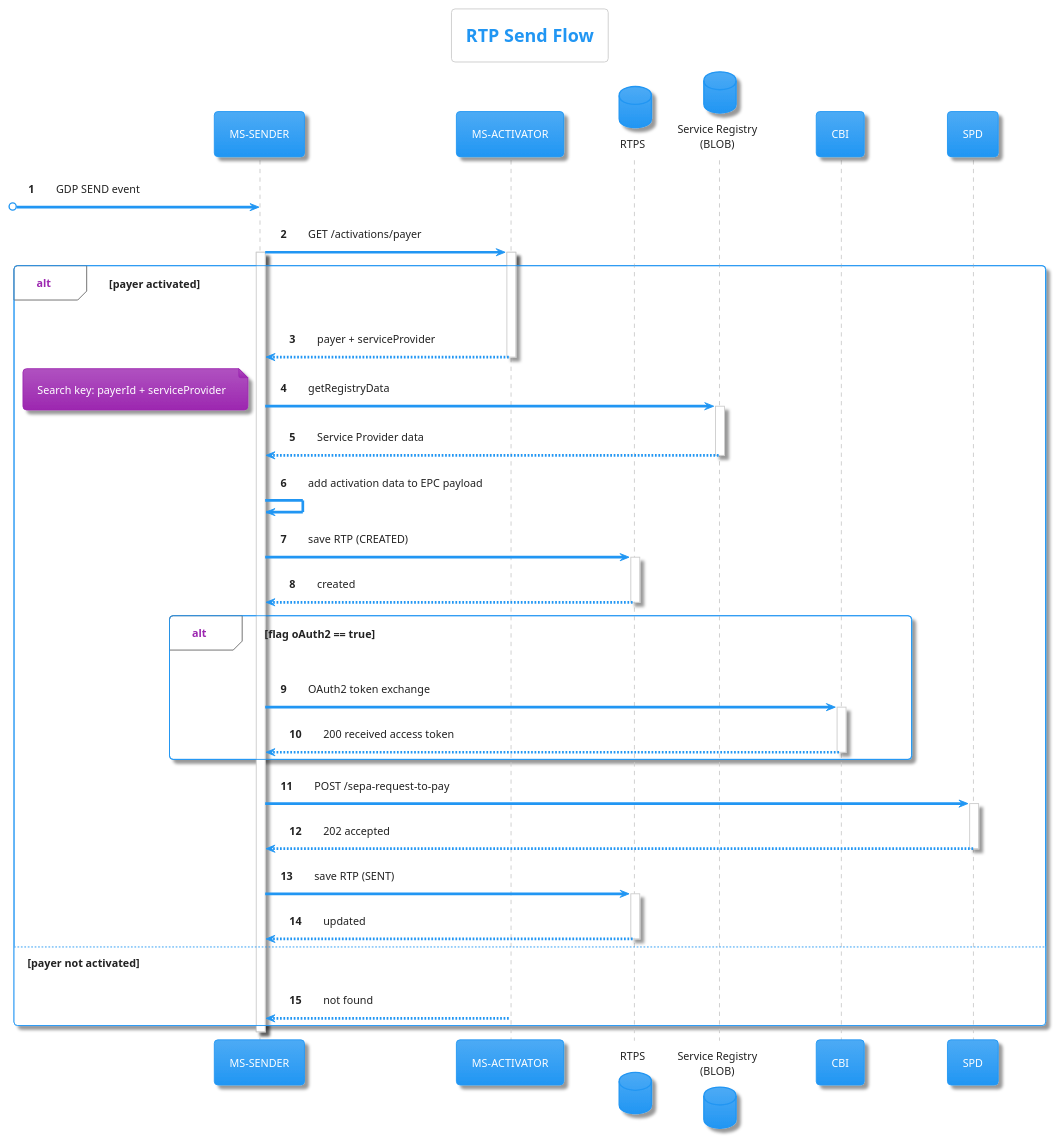
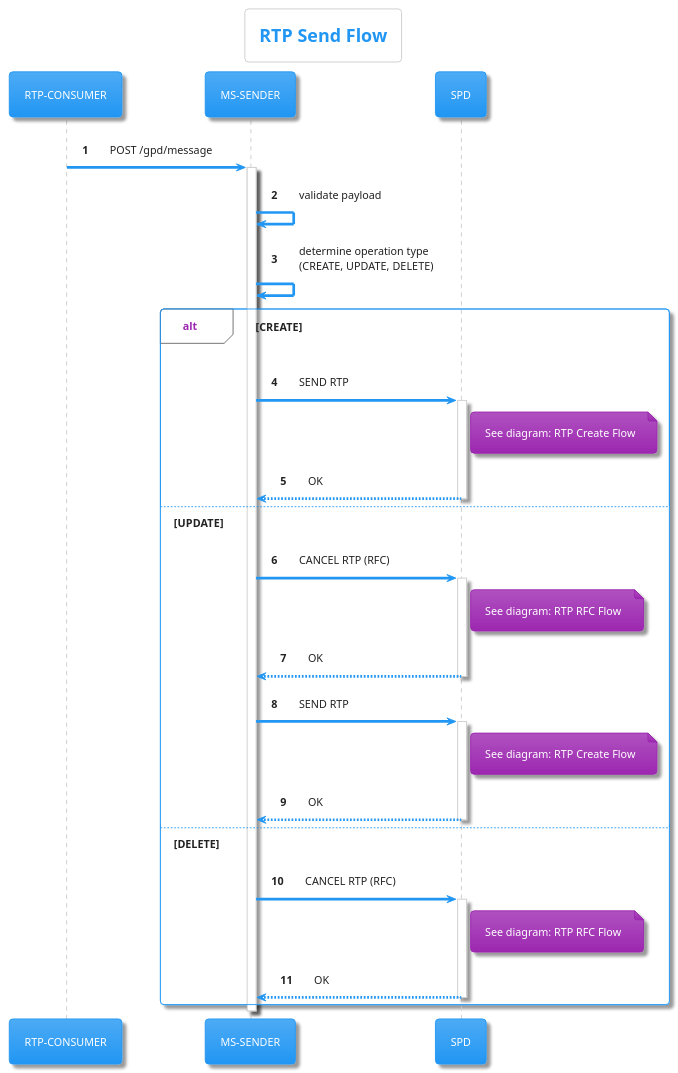
Before and after one commit to pagopa/rtp-docs: the diagram in diagrams/send.puml, drawn with PlantUML. The commit also changed 3 other files, not shown here.

Commit message:
SRTP-1229 add detailed RTP create flow diagram and update README

```diff
--- a/diagrams/send.puml
+++ b/diagrams/send.puml
@@ -1,69 +1,48 @@
 @startuml
-' PlantUML Diagram for RTP Send API
-' Title: Detailed RTP Send Sequence Diagram
-' Version: 2.0.0
-' Description: This diagram shows the detailed internal process for sending
-'              an RTP after GDP operation validation.
-
 !theme materia
 
 title RTP Send Flow
 
+participant "RTP-CONSUMER" as CONSUMER
 participant "MS-SENDER" as SENDER
-participant "MS-ACTIVATOR" as GR
-database "RTPS" as SRTP
-database "Service Registry\n(BLOB)" as SR
-participant "CBI" as CBI
 participant "SPD" as SPD
 
 autonumber
 
-[o-> SENDER: GDP SEND event
+CONSUMER -> SENDER: POST /gpd/message
+activate SENDER
 
-SENDER -> GR: GET /activations/payer
-activate SENDER
-activate GR
+SENDER -> SENDER: validate payload
 
-alt payer activated
-    GR --> SENDER: payer + serviceProvider
-    deactivate GR
+SENDER -> SENDER: determine operation type\n(CREATE, UPDATE, DELETE)
 
-
-    SENDER -> SR: getRegistryData
-    activate SR
-    note left: Search key: payerId + serviceProvider
-    SR --> SENDER: Service Provider data
-    deactivate SR
-
-    SENDER -> SENDER: add activation data to EPC payload
-
-    SENDER -> SRTP: save RTP (CREATED)
-    activate SRTP
-    SRTP --> SENDER: created
-    deactivate SRTP
-
-    alt flag oAuth2 == true
-        SENDER -> CBI: OAuth2 token exchange
-        activate CBI
-        CBI --> SENDER: 200 received access token
-        deactivate CBI
-    end
-
-    SENDER -> SPD: POST /sepa-request-to-pay
+alt CREATE
+    SENDER -> SPD: SEND RTP
+    note right of SPD: See diagram: RTP Create Flow
     activate SPD
-    SPD --> SENDER: 202 accepted
+    SPD --> SENDER: OK
     deactivate SPD
 
-    SENDER -> SRTP: save RTP (SENT)
-    activate SRTP
-    SRTP --> SENDER: updated
-    deactivate SRTP
+else UPDATE
+    SENDER -> SPD: CANCEL RTP (RFC)
+    note right of SPD: See diagram: RTP RFC Flow
+    activate SPD
+    SPD --> SENDER: OK
+    deactivate SPD
+    SENDER -> SPD: SEND RTP
+    note right of SPD: See diagram: RTP Create Flow
+    activate SPD
+    SPD --> SENDER: OK
+    deactivate SPD
 
-else payer not activated
-    GR --> SENDER: not found
+else DELETE
+    SENDER -> SPD: CANCEL RTP (RFC)
+    note right of SPD: See diagram: RTP RFC Flow
+    activate SPD
+    SPD --> SENDER: OK
+    deactivate SPD
 end
-
 
 deactivate SENDER
 
 @enduml
```
